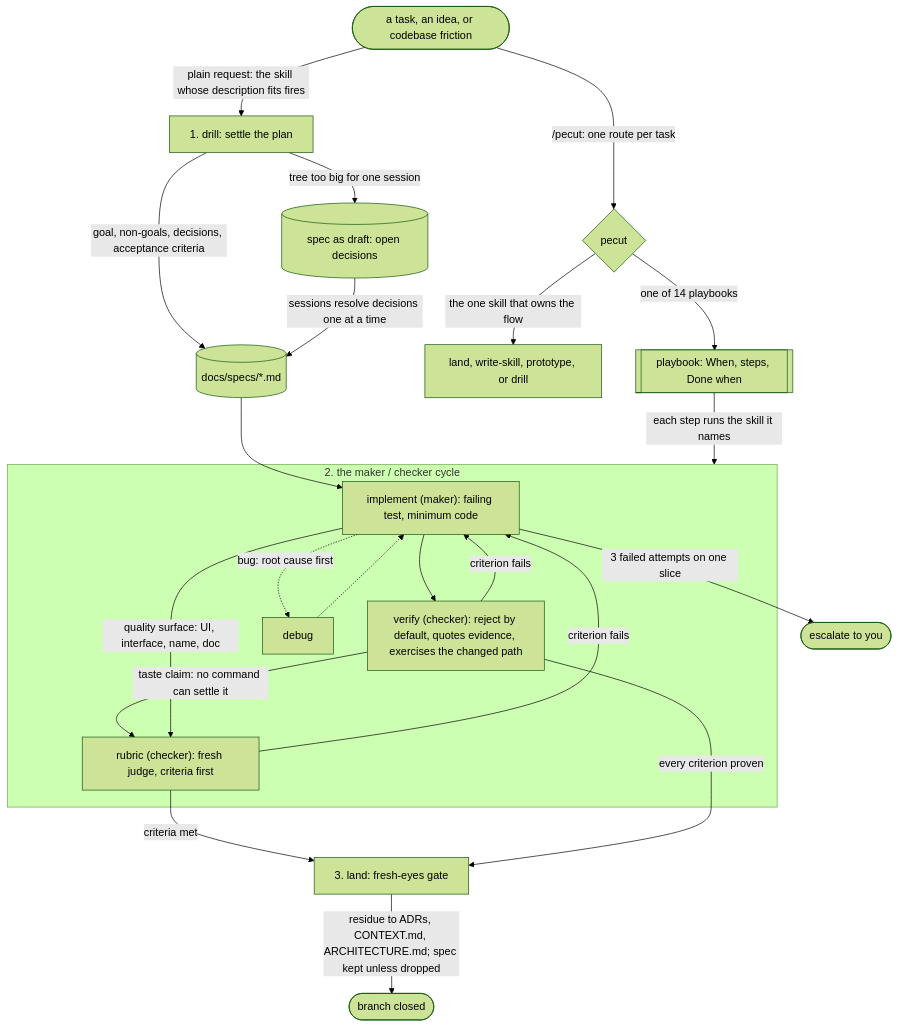
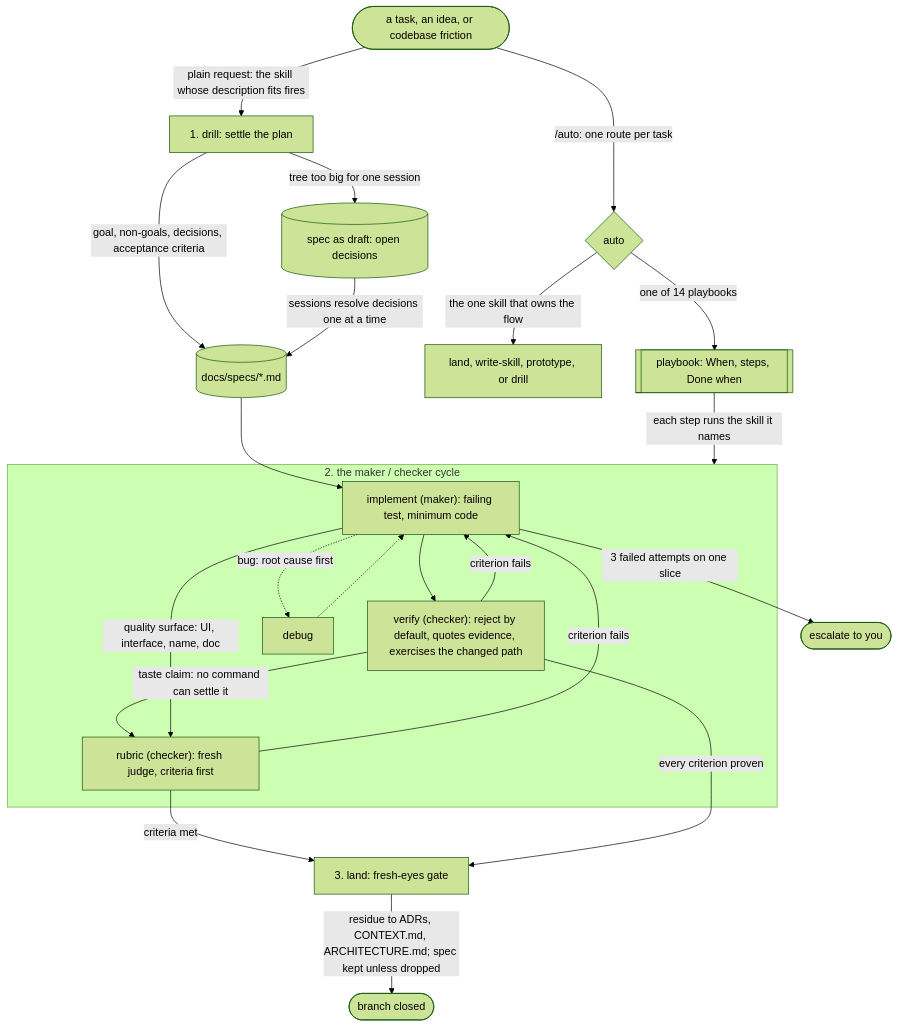
The diagram in README.md (pwguler/skills), drawn with Mermaid (forest theme) before and after one commit. The commit also changed other lines of this file and 16 other files, not shown here.

First line of the commit message:
auto: rename pecut to auto; it drives a task on its own and hands the user the wheel at forks and decisions

````diff
--- a/README.md
+++ b/README.md
@@ -53,30 +53,30 @@
 ```mermaid
 flowchart TD
     task([a task, an idea, or codebase friction])
     task -- "plain request: the skill whose description fits fires" --> drill
-    task -- "/pecut: one route per task" --> pecut{"pecut"}
-    pecut -- "one of 14 playbooks" --> playbook[["playbook: When, steps, Done when"]]
-    pecut -- "the one skill that owns the flow" --> owner["land, write-skill, prototype, or drill"]
+    task -- "/auto: one route per task" --> router{"auto"}
+    router -- "one of 14 playbooks" --> playbook[["playbook: When, steps, Done when"]]
+    router -- "the one skill that owns the flow" --> owner["land, write-skill, prototype, or drill"]
     playbook -- "each step runs the skill it names" --> cycle
 
     drill["1. drill: settle the plan"]
     drill -- "goal, non-goals, decisions, acceptance criteria" --> spec[("docs/specs/*.md")]
     drill -- "tree too big for one session" --> draft[("spec as draft: open decisions")]
     draft -- "sessions resolve decisions one at a time" --> spec
     spec --> impl
 
     subgraph cycle["2. the maker / checker cycle"]
         impl["implement (maker): failing test, minimum code"] --> verify["verify (checker): reject by default, quotes evidence, exercises the changed path"]
         verify -- "criterion fails" --> impl
         impl -. "bug: root cause first" .-> debug
         debug -.-> impl
         rub["rubric (checker): fresh judge, criteria first"] -- "criterion fails" --> impl
     end
 
     verify -- "taste claim: no command can settle it" --> rub
     impl -- "quality surface: UI, interface, name, doc" --> rub
     rub -- "criteria met" --> land
     verify -- "every criterion proven" --> land["3. land: fresh-eyes gate"]
     impl -- "3 failed attempts on one slice" --> you(["escalate to you"])
     land -- "residue to ADRs, CONTEXT.md, ARCHITECTURE.md; spec kept unless dropped" --> done([branch closed])
 ```
````
